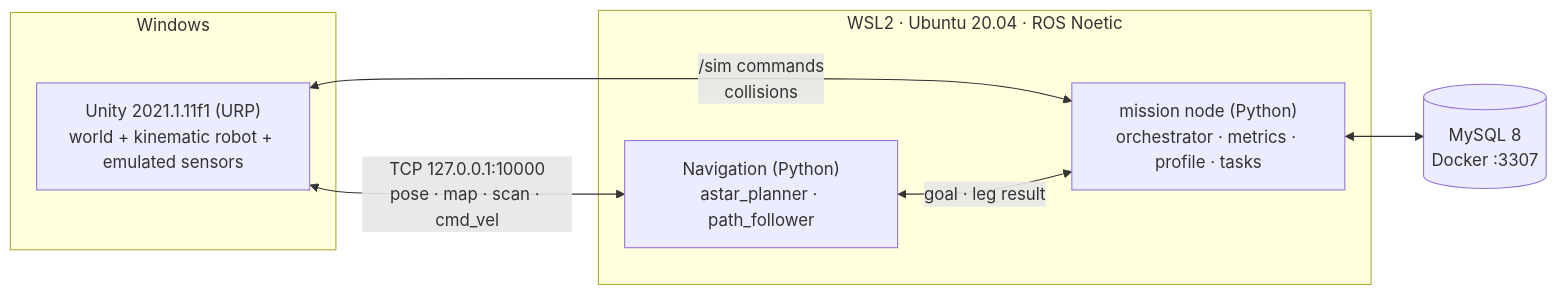
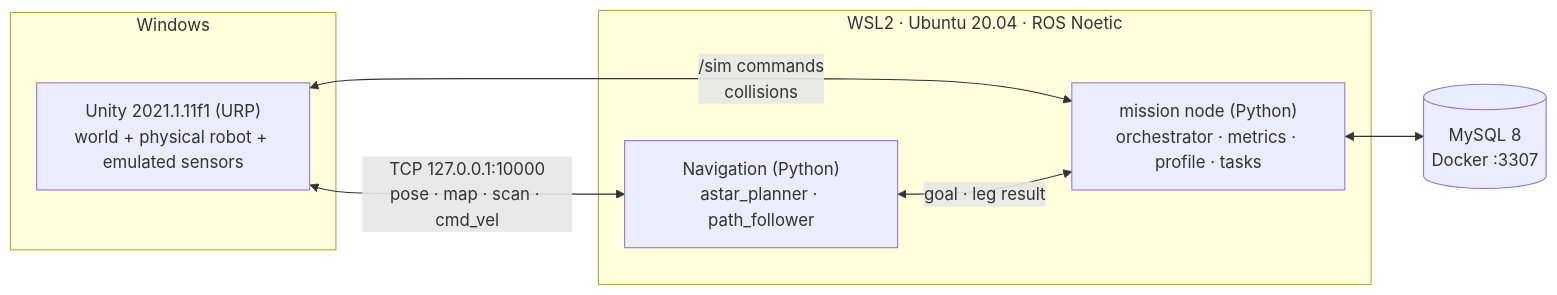
The diagram in README.md (HoNguyen17/Mobile_Robo_SuppliesChain), drawn with Mermaid before and after one commit. The commit also changed other lines of this file and 23 other files, not shown here.

````diff
--- a/README.md
+++ b/README.md
@@ -10,16 +10,16 @@
 ```mermaid
 flowchart LR
     subgraph WIN["Windows"]
-        UNITY["Unity 2021.1.11f1 (URP)<br/>world + kinematic robot + emulated sensors"]
+        UNITY["Unity 2021.1.11f1 (URP)<br/>world + physical robot + emulated sensors"]
     end
     subgraph WSL["WSL2 · Ubuntu 20.04 · ROS Noetic"]
         NAV["Navigation (Python)<br/>astar_planner · path_follower"]
         APP["mission node (Python)<br/>orchestrator · metrics · profile · tasks"]
     end
     DB[("MySQL 8<br/>Docker :3307")]
 
     UNITY <-->|"TCP 127.0.0.1:10000<br/>pose · map · scan · cmd_vel"| NAV
     UNITY <-->|"/sim commands<br/>collisions"| APP
     NAV <-->|"goal · leg result"| APP
     APP <--> DB
 ```
````
